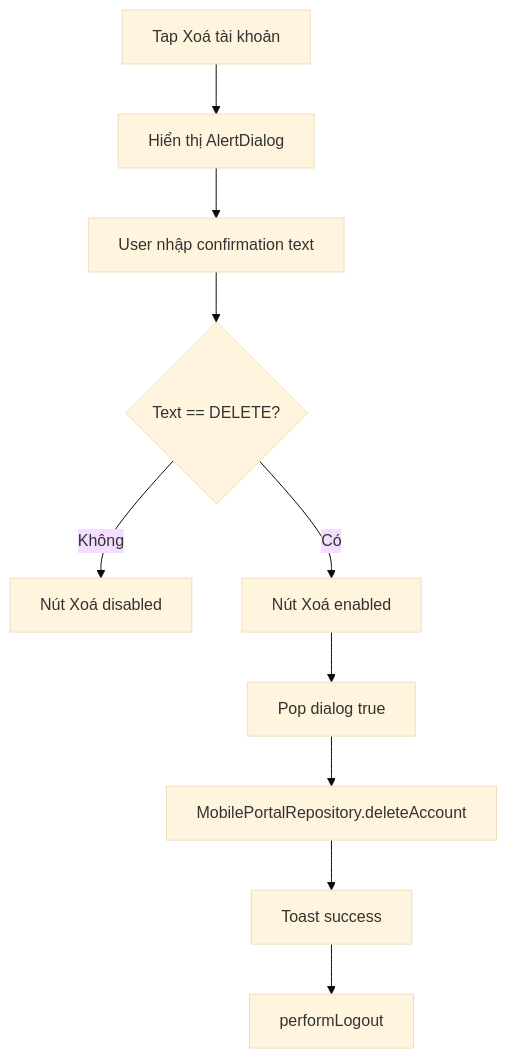
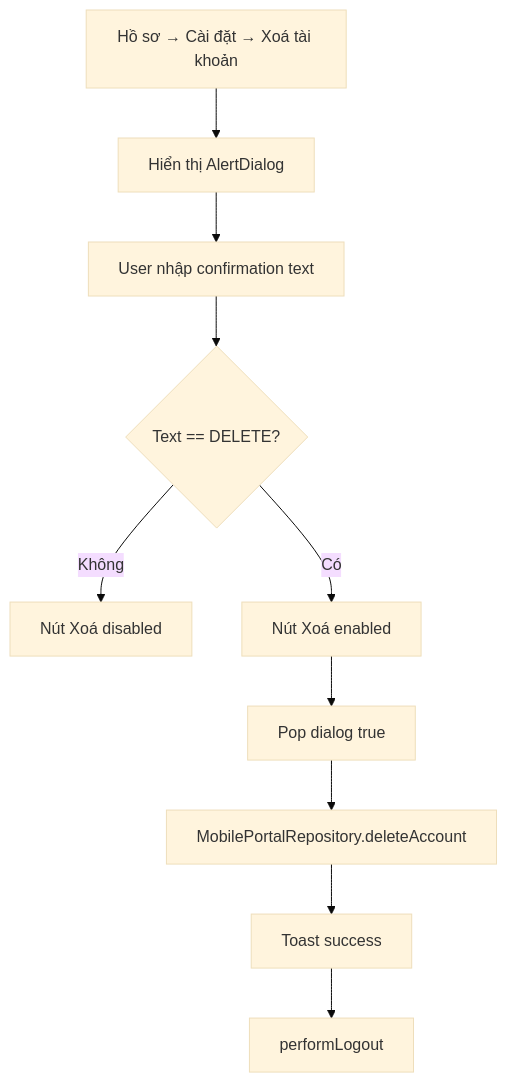
Before and after one commit to trantienhd97/TiTi_Books: the diagram in Supa/mkdocs-site/docs/ho-so-nguoi-dung/index.md, drawn with Mermaid (base theme). The commit also changed other lines of this file and 76 other files, not shown here.

````diff
--- a/Supa/mkdocs-site/docs/ho-so-nguoi-dung/index.md
+++ b/Supa/mkdocs-site/docs/ho-so-nguoi-dung/index.md
@@ -62,12 +66,12 @@
 ```mermaid
 flowchart TD
-    A[Tap Xoá tài khoản] --> B[Hiển thị AlertDialog]
+    A[Hồ sơ → Cài đặt → Xoá tài khoản] --> B[Hiển thị AlertDialog]
     B --> C[User nhập confirmation text]
     C --> D{Text == DELETE?}
     D -- Không --> E[Nút Xoá disabled]
     D -- Có --> F[Nút Xoá enabled]
     F --> G[Pop dialog true]
     G --> H[MobilePortalRepository.deleteAccount]
     H --> I[Toast success]
     I --> J[performLogout]
 ```
````
